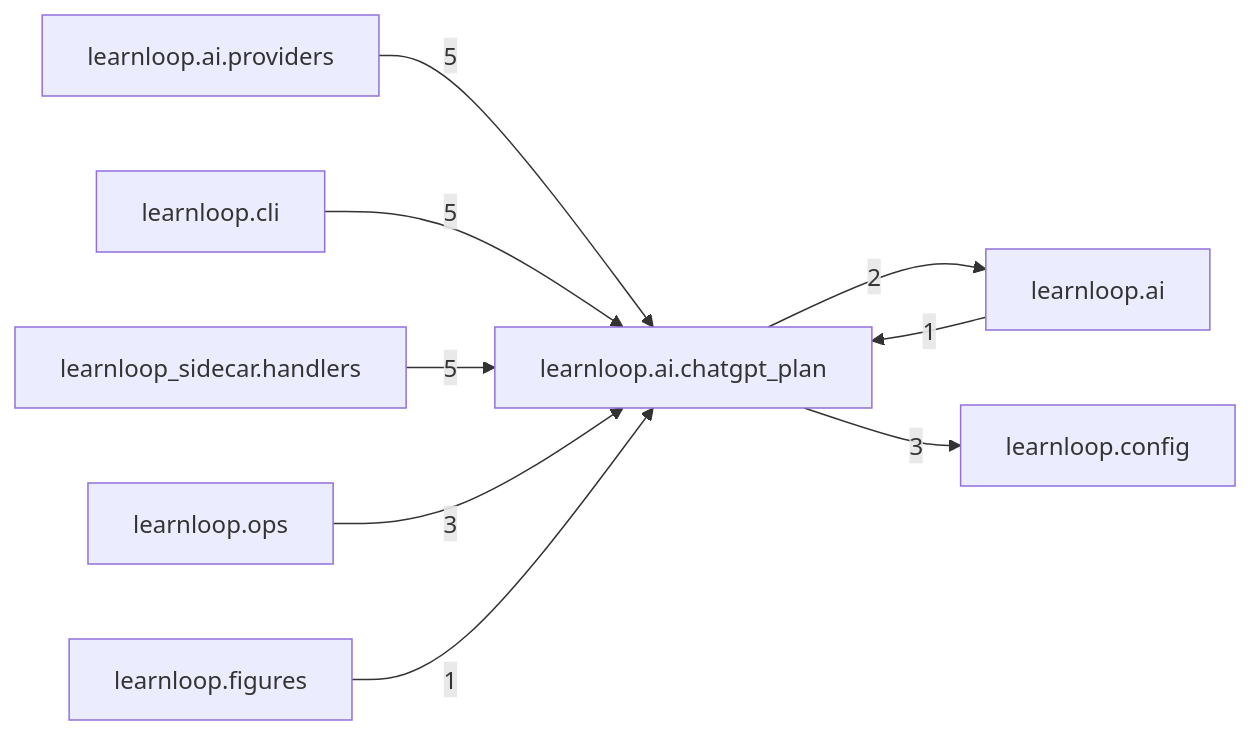
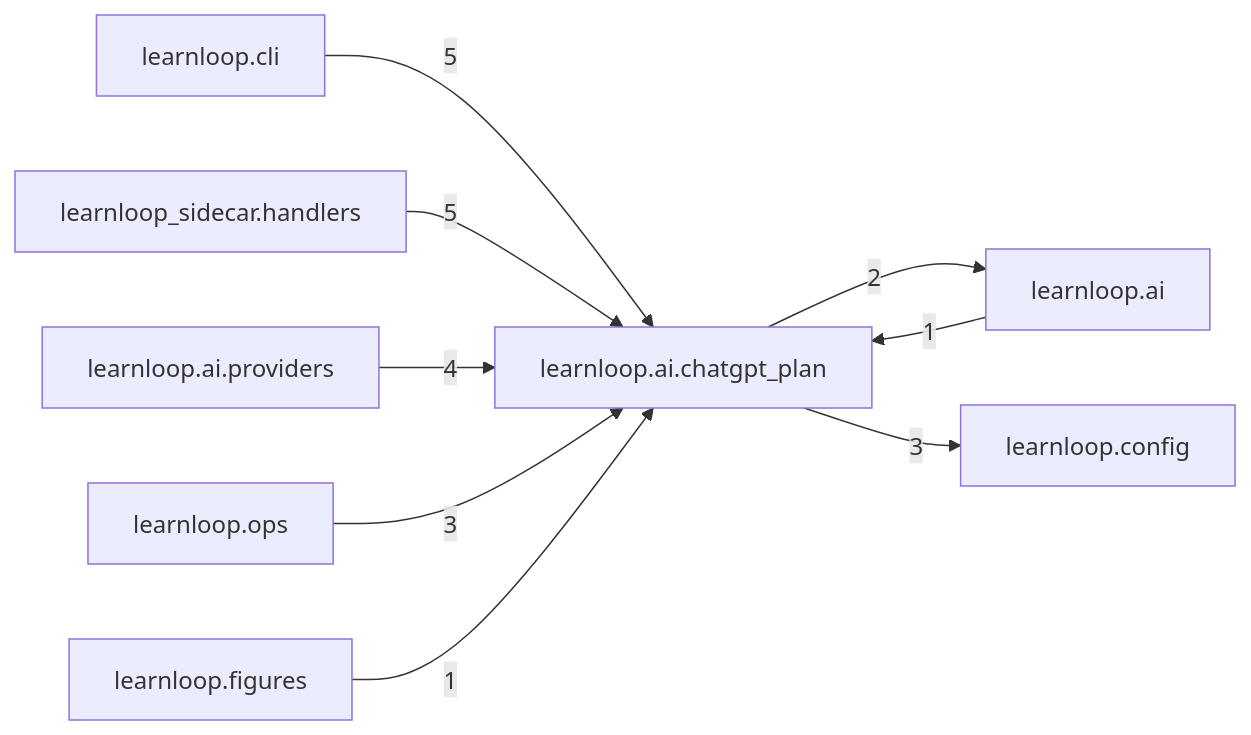
The diagram in docs/learnloop-architecture-vault/Reference/Modules/learnloop/ai/chatgpt_plan/_package.md (6up-b/learnanything), drawn with Mermaid before and after one commit. The commit also changed other lines of this file and 182 other files, not shown here.

````diff
--- a/docs/learnloop-architecture-vault/Reference/Modules/learnloop/ai/chatgpt_plan/_package.md
+++ b/docs/learnloop-architecture-vault/Reference/Modules/learnloop/ai/chatgpt_plan/_package.md
@@ -79,19 +79,19 @@
 ```mermaid
 flowchart LR
     center["learnloop.ai.chatgpt_plan"]
-    n_learnloop_ai_providers["learnloop.ai.providers"]
     n_learnloop_cli["learnloop.cli"]
     n_learnloop_sidecar_handlers["learnloop_sidecar.handlers"]
+    n_learnloop_ai_providers["learnloop.ai.providers"]
     n_learnloop_ai["learnloop.ai"]
     n_learnloop_config["learnloop.config"]
     n_learnloop_ops["learnloop.ops"]
     n_learnloop_figures["learnloop.figures"]
-    n_learnloop_ai_providers -->|5| center
     n_learnloop_cli -->|5| center
     n_learnloop_sidecar_handlers -->|5| center
+    n_learnloop_ai_providers -->|4| center
     n_learnloop_ai -->|1| center
     center -->|2| n_learnloop_ai
     center -->|3| n_learnloop_config
     n_learnloop_ops -->|3| center
     n_learnloop_figures -->|1| center
 ```
````
